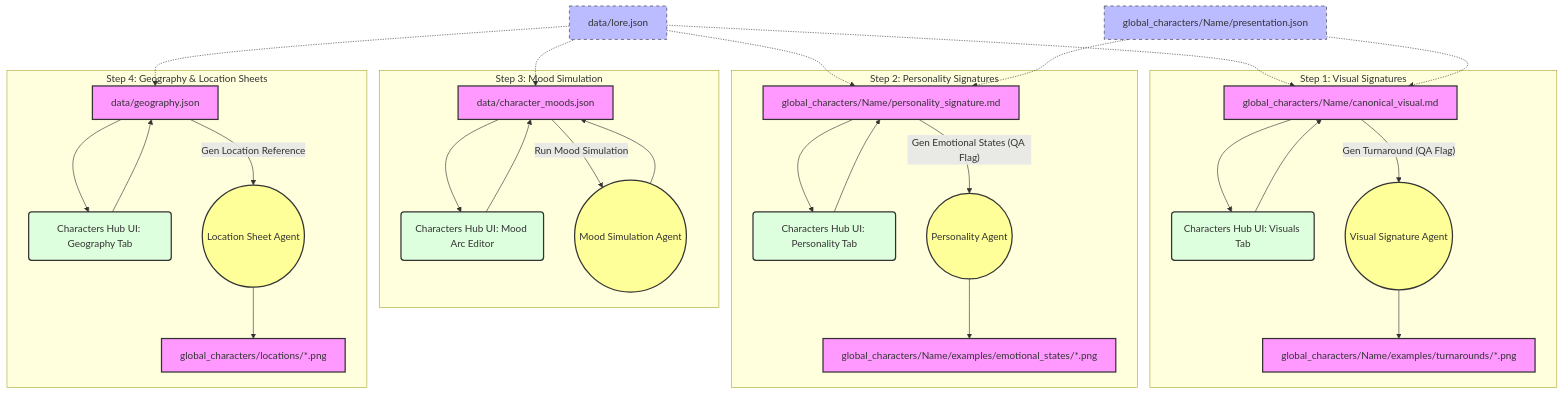
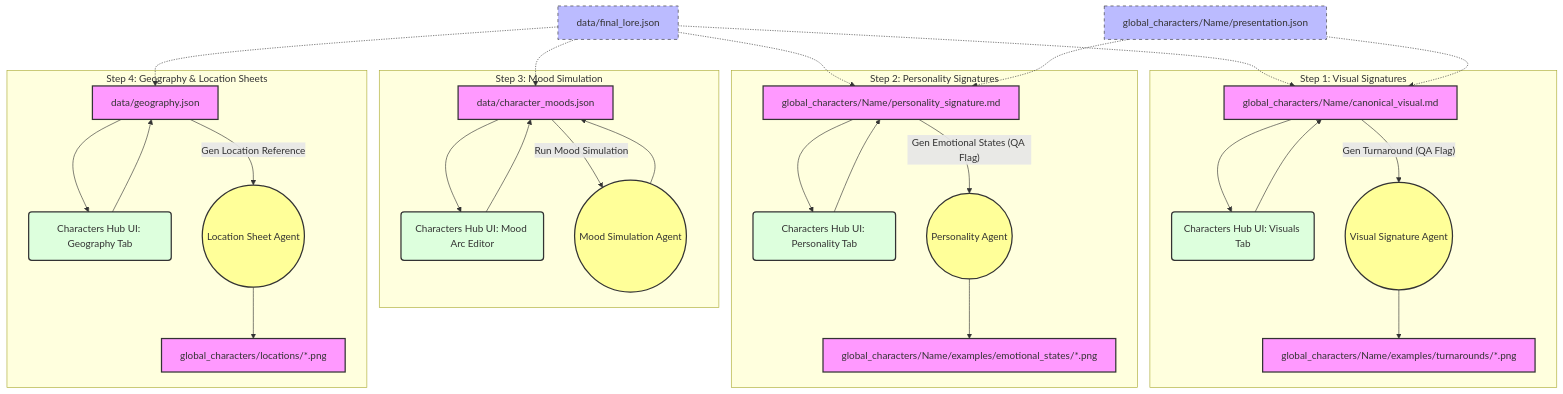
Before and after one commit to LucRobey/ComicBookArchtict: the first of 6 diagrams in docs/pipeline_architectures.md, drawn with Mermaid. The commit also changed other lines of this file and 138 other files, not shown here.

````diff
--- a/docs/pipeline_architectures.md
+++ b/docs/pipeline_architectures.md
@@ -19,54 +19,54 @@
 ```mermaid
 flowchart TD
     %% Base Data Sources
-    LORE["data/lore.json"] -.-> S1
+    LORE["data/final_lore.json"] -.-> S1
     LORE -.-> S2
     LORE -.-> S3
     LORE -.-> S4
     
     BASE_CHAR["global_characters/Name/presentation.json"] -.-> S1
     BASE_CHAR -.-> S2
 
     %% Step 1: Visual Signatures
     subgraph "Step 1: Visual Signatures"
         UI1("Characters Hub UI: Visuals Tab") --> S1["global_characters/Name/canonical_visual.md"]
         S1 --> UI1
         S1 -- "Gen Turnaround (QA Flag)" --> Agent1(("Visual Signature Agent"))
         Agent1 --> T_IMG["global_characters/Name/examples/turnarounds/*.png"]
     end
 
     %% Step 2: Personality Signatures
     subgraph "Step 2: Personality Signatures"
         UI2("Characters Hub UI: Personality Tab") --> S2["global_characters/Name/personality_signature.md"]
         S2 --> UI2
         S2 -- "Gen Emotional States (QA Flag)" --> Agent2(("Personality Agent"))
         Agent2 --> E_IMG["global_characters/Name/examples/emotional_states/*.png"]
     end
 
     %% Step 3: Mood Simulation
     subgraph "Step 3: Mood Simulation"
         UI3("Characters Hub UI: Mood Arc Editor") --> S3["data/character_moods.json"]
         S3 --> UI3
         S3 -- "Run Mood Simulation" --> Agent3(("Mood Simulation Agent"))
         Agent3 --> S3
     end
 
     %% Step 4: Geographic Location Sheets
     subgraph "Step 4: Geography & Location Sheets"
         UI4("Characters Hub UI: Geography Tab") --> S4["data/geography.json"]
         S4 --> UI4
         S4 -- "Gen Location Reference" --> Agent4(("Location Sheet Agent"))
         Agent4 --> L_IMG["global_characters/locations/*.png"]
     end
 
     %% Styling
     classDef file fill:#f9f,stroke:#333,stroke-width:2px;
     classDef agent fill:#ff9,stroke:#333,stroke-width:2px;
     classDef baseData fill:#bbf,stroke:#333,stroke-width:1px,stroke-dasharray: 5 5;
     classDef ui fill:#dfd,stroke:#333,stroke-width:2px;
     
     class S1,S2,S3,S4,T_IMG,E_IMG,L_IMG file;
     class Agent1,Agent2,Agent3,Agent4 agent;
     class LORE,BASE_CHAR baseData;
     class UI1,UI2,UI3,UI4 ui;
 ```
````
